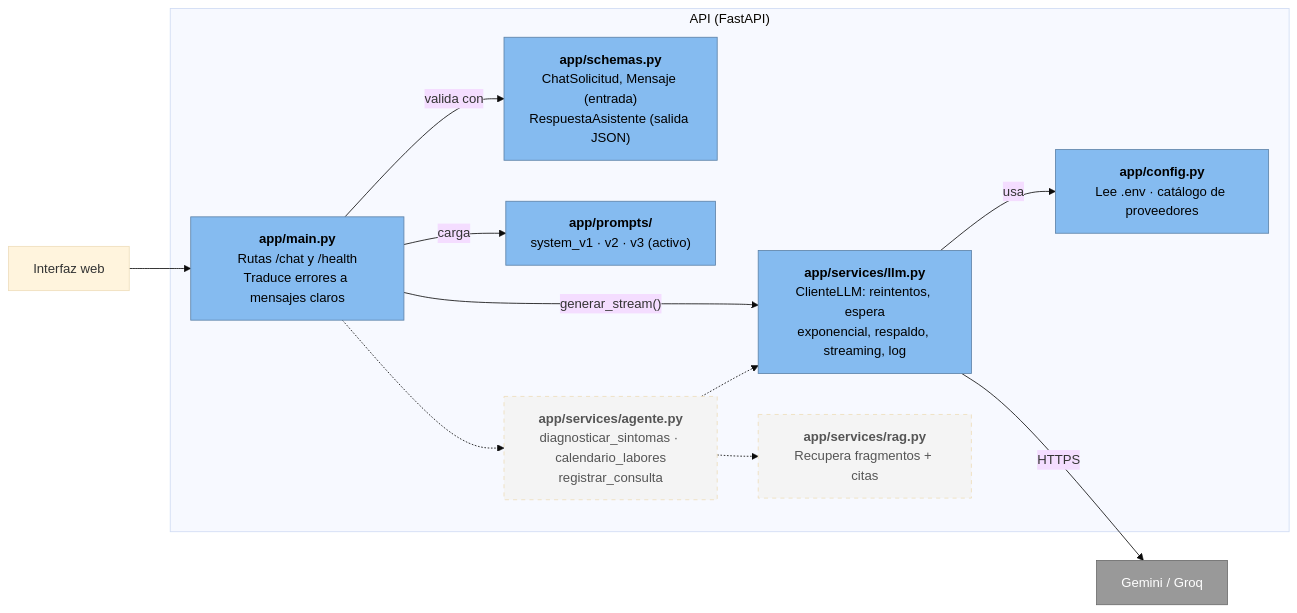
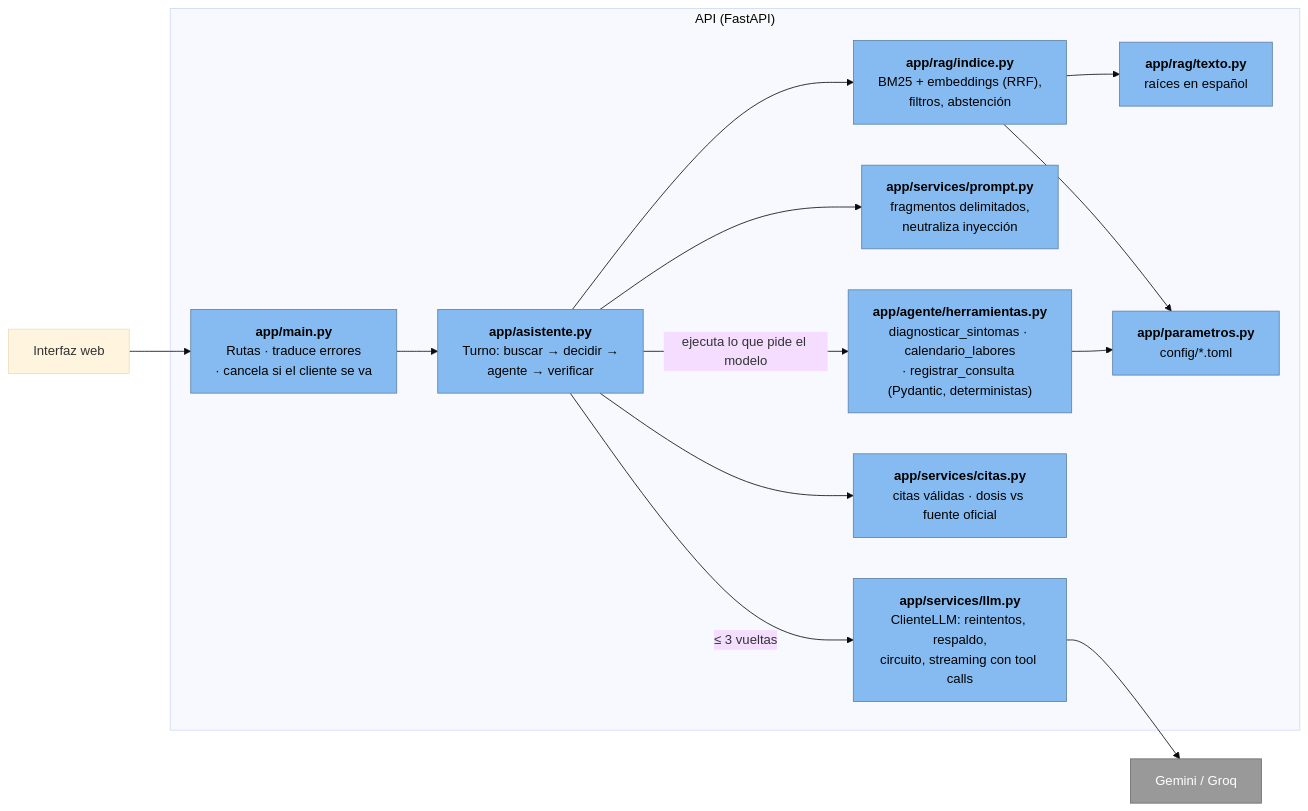
The third of 4 diagrams in docs/03-arquitectura.md (AokingDev/Asistente_Productores_Cacao), drawn with Mermaid (base theme) before and after one commit. The commit also changed other lines of this file and 2 other files, not shown here.

````diff
--- a/docs/03-arquitectura.md
+++ b/docs/03-arquitectura.md
@@ -67,32 +69,32 @@
 ```mermaid
 flowchart LR
     web["Interfaz web"]
 
     subgraph api["API (FastAPI)"]
-        main["<b>app/main.py</b><br/>Rutas /chat y /health<br/>Traduce errores a mensajes claros"]
-        schemas["<b>app/schemas.py</b><br/>ChatSolicitud, Mensaje (entrada)<br/>RespuestaAsistente (salida JSON)"]
-        prompts["<b>app/prompts/</b><br/>system_v1 · v2 · v3 (activo)"]
-        llm["<b>app/services/llm.py</b><br/>ClienteLLM: reintentos, espera<br/>exponencial, respaldo, streaming, log"]
-        config["<b>app/config.py</b><br/>Lee .env · catálogo de proveedores"]
-        rag["<b>app/services/rag.py</b><br/>Recupera fragmentos + citas"]:::futuro
-        agente["<b>app/services/agente.py</b><br/>diagnosticar_sintomas · calendario_labores<br/>registrar_consulta"]:::futuro
+        main["<b>app/main.py</b><br/>Rutas · traduce errores<br/>· cancela si el cliente se va"]
+        turno["<b>app/asistente.py</b><br/>Turno: buscar → decidir →<br/>agente → verificar"]
+        indice["<b>app/rag/indice.py</b><br/>BM25 + embeddings (RRF),<br/>filtros, abstención"]
+        texto["<b>app/rag/texto.py</b><br/>raíces en español"]
+        prompt["<b>app/services/prompt.py</b><br/>fragmentos delimitados,<br/>neutraliza inyección"]
+        herr["<b>app/agente/herramientas.py</b><br/>diagnosticar_sintomas · calendario_labores<br/>· registrar_consulta (Pydantic, deterministas)"]
+        citas["<b>app/services/citas.py</b><br/>citas válidas · dosis vs fuente oficial"]
+        llm["<b>app/services/llm.py</b><br/>ClienteLLM: reintentos, respaldo,<br/>circuito, streaming con tool calls"]
+        params["<b>app/parametros.py</b><br/>config/*.toml"]
     end
 
     proveedor["Gemini / Groq"]
 
-    web --> main
-    main -- "valida con" --> schemas
-    main -- "carga" --> prompts
-    main -- "generar_stream()" --> llm
-    llm -- "usa" --> config
-    llm -- "HTTPS" --> proveedor
-    main -.-> agente
-    agente -.-> rag
-    agente -.-> llm
+    web --> main --> turno
+    turno --> indice --> texto
+    turno --> prompt
+    turno -- "≤ 3 vueltas" --> llm --> proveedor
+    turno -- "ejecuta lo que pide el modelo" --> herr
+    turno --> citas
+    herr --> params
+    indice --> params
 
-    classDef futuro stroke-dasharray: 5 5,fill:#f4f4f4,color:#555
     classDef comp fill:#85bbf0,color:#000,stroke:#5d82a8
     classDef ext fill:#999,color:#fff,stroke:#6b6b6b
-    class main,schemas,prompts,llm,config comp
+    class main,turno,indice,texto,prompt,herr,citas,llm,params comp
     class proveedor ext
 ```
````
